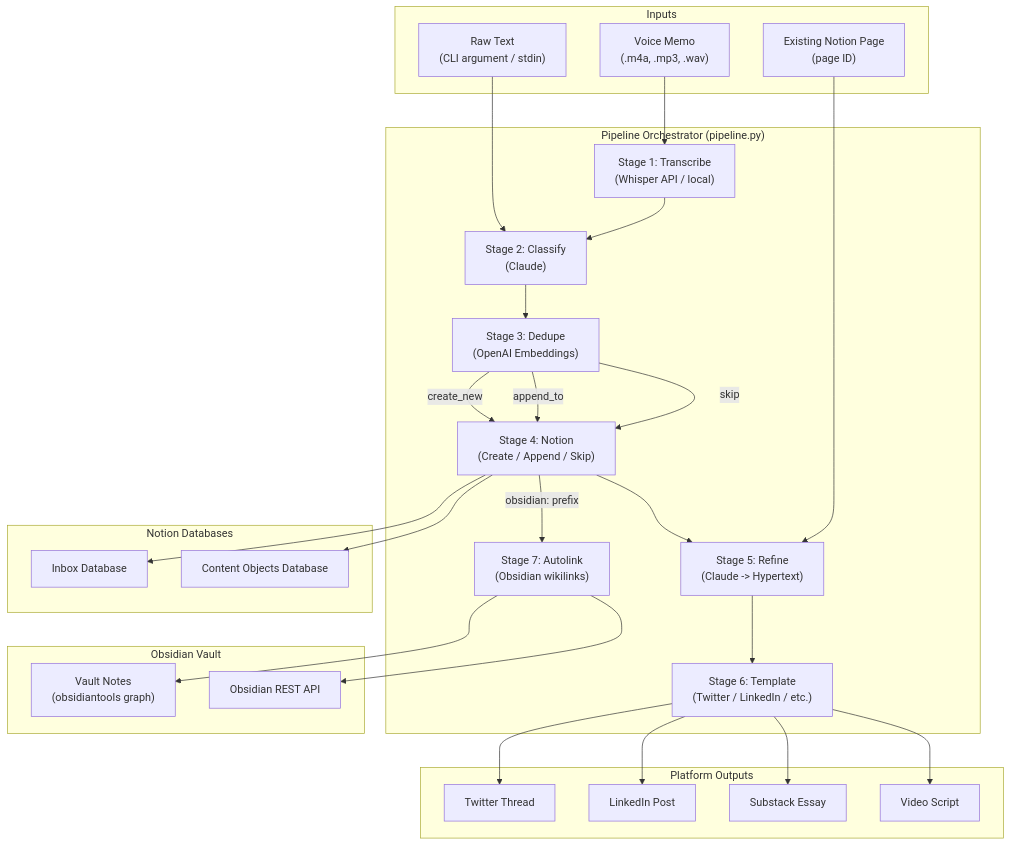
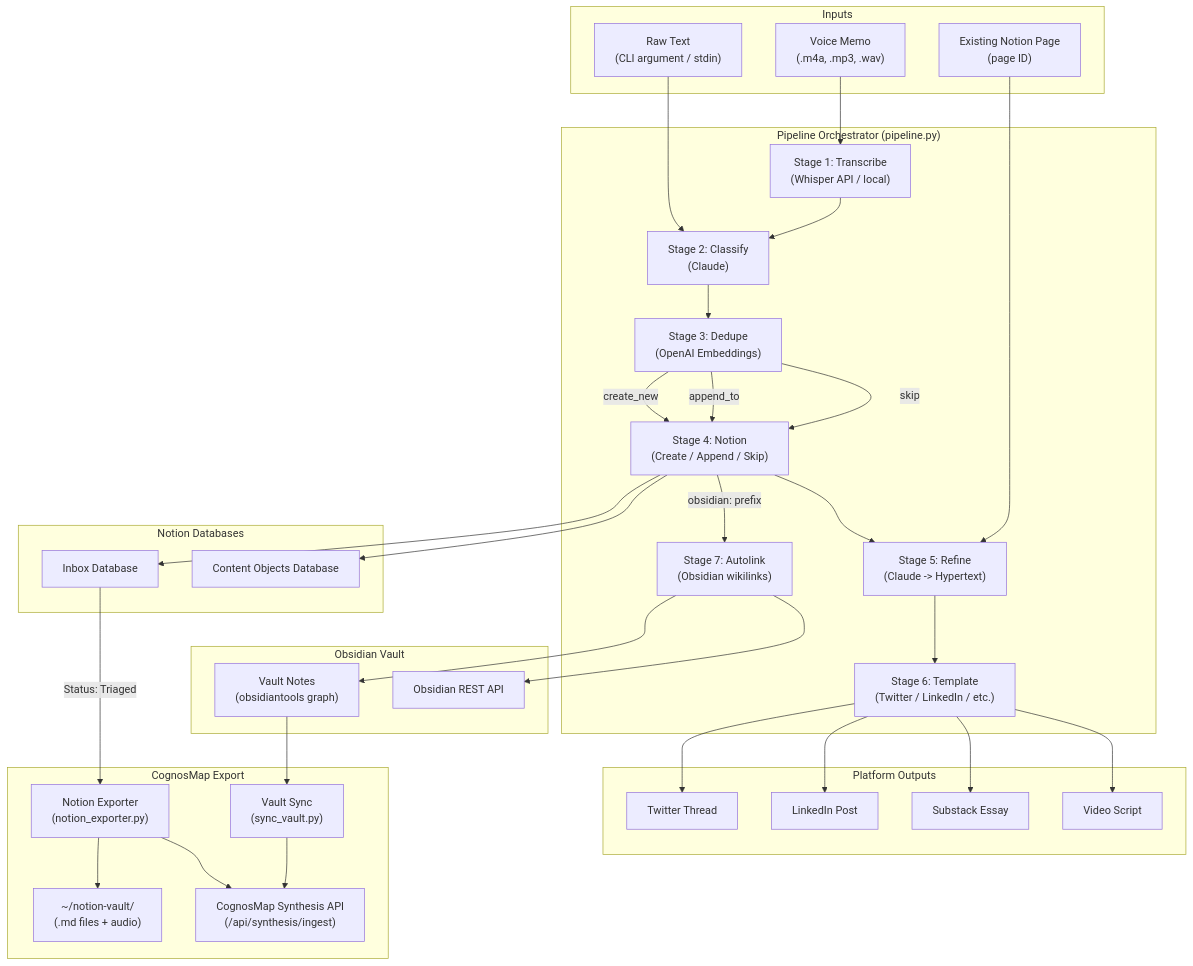
One commit to NicholasGrijalva/seeker-automations changed the first of 3 diagrams in README.md. Above: the diagram before and after it, drawn with Mermaid. The commit also changed other lines of this file and 7 other files, not shown here.

First line of the commit message:
feat: add Notion exporter for CognosMap sync pipeline

````diff
--- a/README.md
+++ b/README.md
@@ -46,55 +51,67 @@
 ```mermaid
 flowchart TD
     subgraph Inputs
         VM["Voice Memo\n(.m4a, .mp3, .wav)"]
         RT["Raw Text\n(CLI argument / stdin)"]
         NP["Existing Notion Page\n(page ID)"]
     end
 
     subgraph "Pipeline Orchestrator (pipeline.py)"
         T["Stage 1: Transcribe\n(Whisper API / local)"]
         CL["Stage 2: Classify\n(Claude)"]
         DD["Stage 3: Dedupe\n(OpenAI Embeddings)"]
         NO["Stage 4: Notion\n(Create / Append / Skip)"]
         RE["Stage 5: Refine\n(Claude -> Hypertext)"]
         TE["Stage 6: Template\n(Twitter / LinkedIn / etc.)"]
         AL["Stage 7: Autolink\n(Obsidian wikilinks)"]
     end
 
     subgraph "Notion Databases"
         IB["Inbox Database"]
         CO["Content Objects Database"]
     end
 
     subgraph "Platform Outputs"
         TW["Twitter Thread"]
         LI["LinkedIn Post"]
         SS["Substack Essay"]
         VS["Video Script"]
     end
 
     subgraph "Obsidian Vault"
         OV["Vault Notes\n(obsidiantools graph)"]
         OR["Obsidian REST API"]
     end
 
+    subgraph "CognosMap Export"
+        NE["Notion Exporter\n(notion_exporter.py)"]
+        NV["~/notion-vault/\n(.md files + audio)"]
+        CM["CognosMap Synthesis API\n(/api/synthesis/ingest)"]
+        SV["Vault Sync\n(sync_vault.py)"]
+    end
+
     VM --> T
     RT --> CL
     T --> CL
     CL --> DD
     DD -->|"create_new"| NO
     DD -->|"append_to"| NO
     DD -->|"skip"| NO
     NO --> IB
     NO --> CO
     NO --> RE
     RE --> TE
     TE --> TW
     TE --> LI
     TE --> SS
     TE --> VS
     NO -->|"obsidian: prefix"| AL
     AL --> OV
     AL --> OR
     NP --> RE
+    IB -->|"Status: Triaged"| NE
+    NE --> NV
+    NE --> CM
+    OV --> SV
+    SV --> CM
 ```
````
